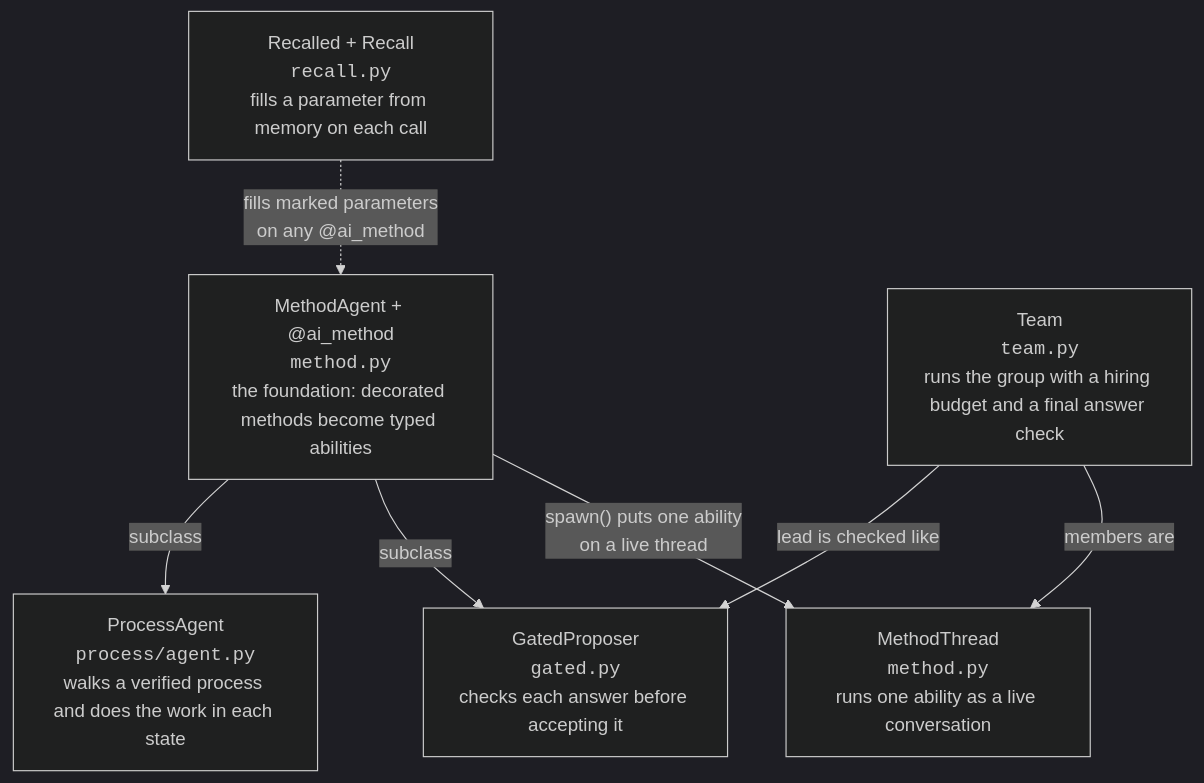
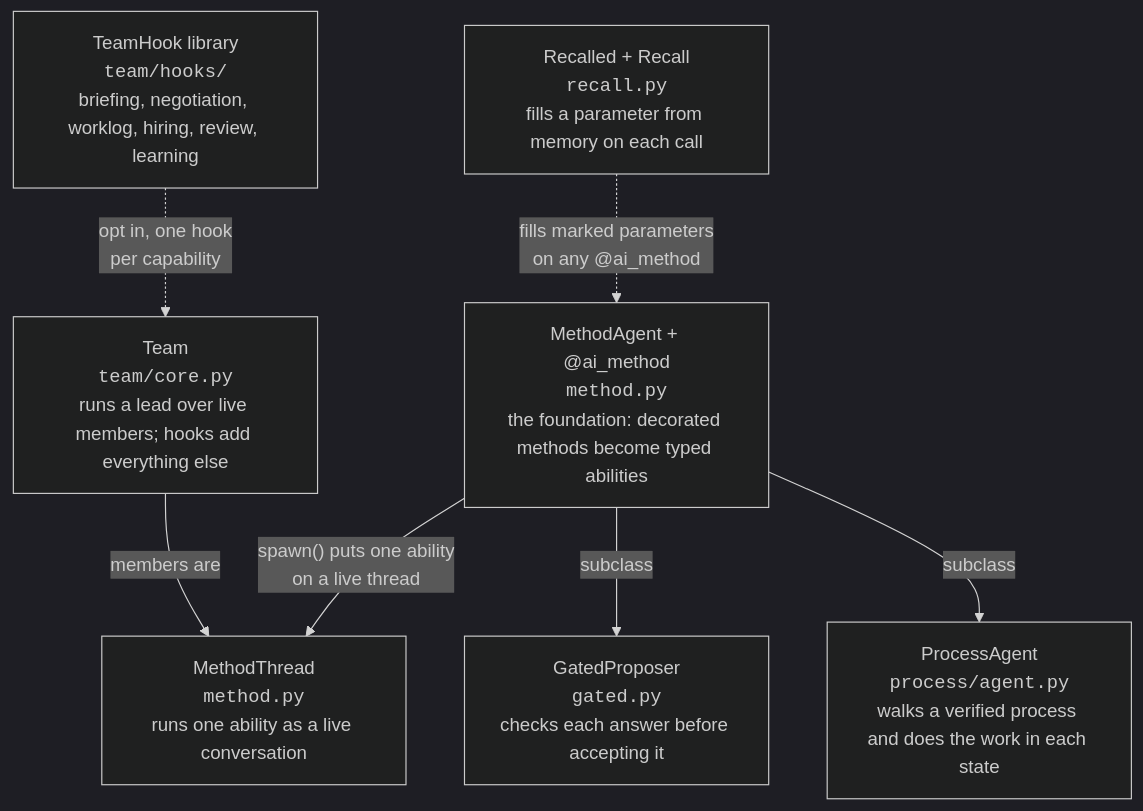
Before and after one commit to theagenticguy/pneuma: the first of 2 diagrams in README.md, drawn with Mermaid (dark theme). The commit also changed other lines of this file and 18 other files, not shown here.

First line of the commit message:
Rewrite docs for the hooks-first team (T8 Wave 3)

````diff
--- a/README.md
+++ b/README.md
@@ -90,16 +90,17 @@
 ```mermaid
 graph TD
     MA["MethodAgent + @ai_method<br/><code>method.py</code><br/>the foundation: decorated methods become typed abilities"]
     MT["MethodThread<br/><code>method.py</code><br/>runs one ability as a live conversation"]
     GP["GatedProposer<br/><code>gated.py</code><br/>checks each answer before accepting it"]
     RC["Recalled + Recall<br/><code>recall.py</code><br/>fills a parameter from memory on each call"]
     PA["ProcessAgent<br/><code>process/agent.py</code><br/>walks a verified process and does the work in each state"]
-    TM["Team<br/><code>team.py</code><br/>runs the group with a hiring budget and a final answer check"]
+    TM["Team<br/><code>team/core.py</code><br/>runs a lead over live members; hooks add everything else"]
+    HK["TeamHook library<br/><code>team/hooks/</code><br/>briefing, negotiation, worklog, hiring, review, learning"]
 
     MA -->|"spawn() puts one ability<br/>on a live thread"| MT
     MA -->|"subclass"| GP
     MA -->|"subclass"| PA
     RC -.->|"fills marked parameters<br/>on any @ai_method"| MA
     TM -->|"members are"| MT
-    TM -->|"lead is checked like"| GP
+    HK -.->|"opt in, one hook<br/>per capability"| TM
 ```
````
